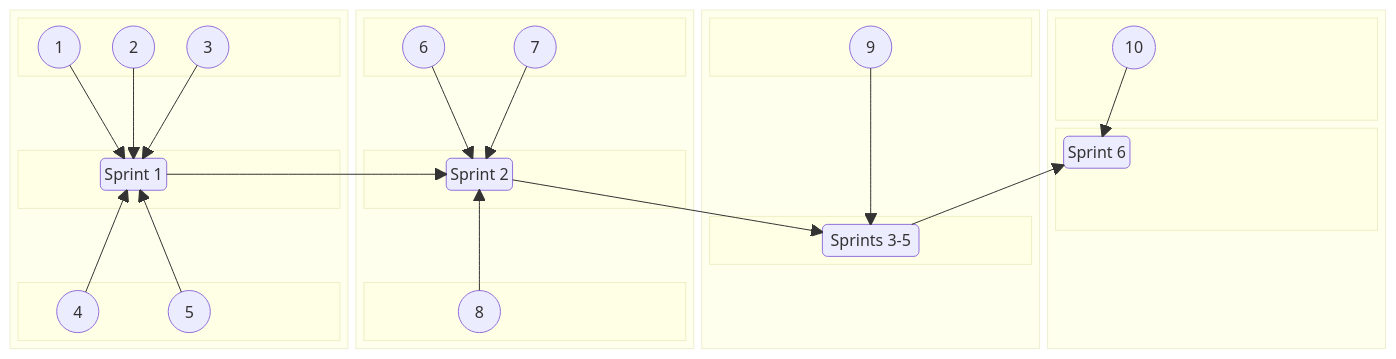
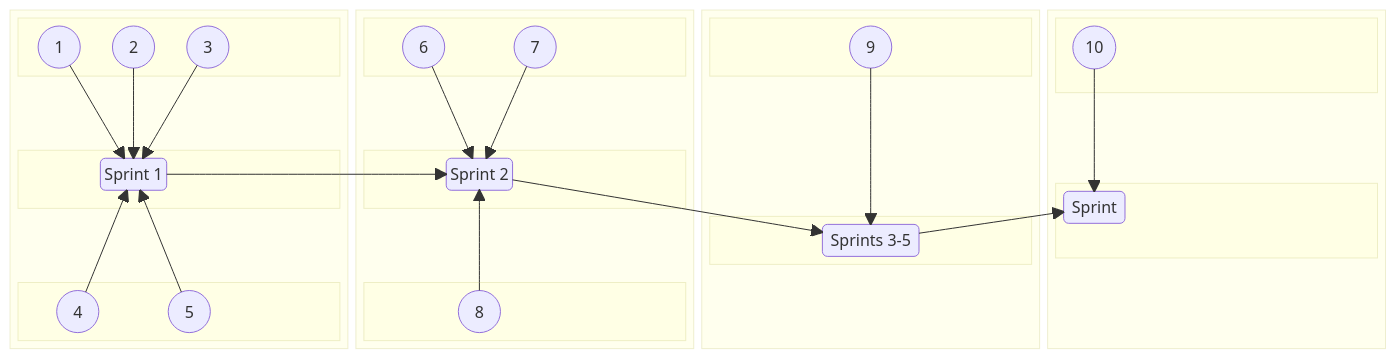
Before and after one commit to jdmedlock/mermaid_testing: the second of 2 diagrams in README.md, drawn with Mermaid.

Commit message:
Feature: Add annotations to test layout

```diff
--- a/README.md
+++ b/README.md
@@ -160,10 +160,10 @@
       block:B4TOP
         A10(("&nbsp;&nbsp;10&nbsp;&nbsp;"))
       end
+      space
       block:B4CENTER
         columns 3
-        SPRINT6("Sprint 6")
-        space
+        SPRINT6("&nbsp;Sprint&nbsp;")
       end
       space
       A10 ----> SPRINT6
```
